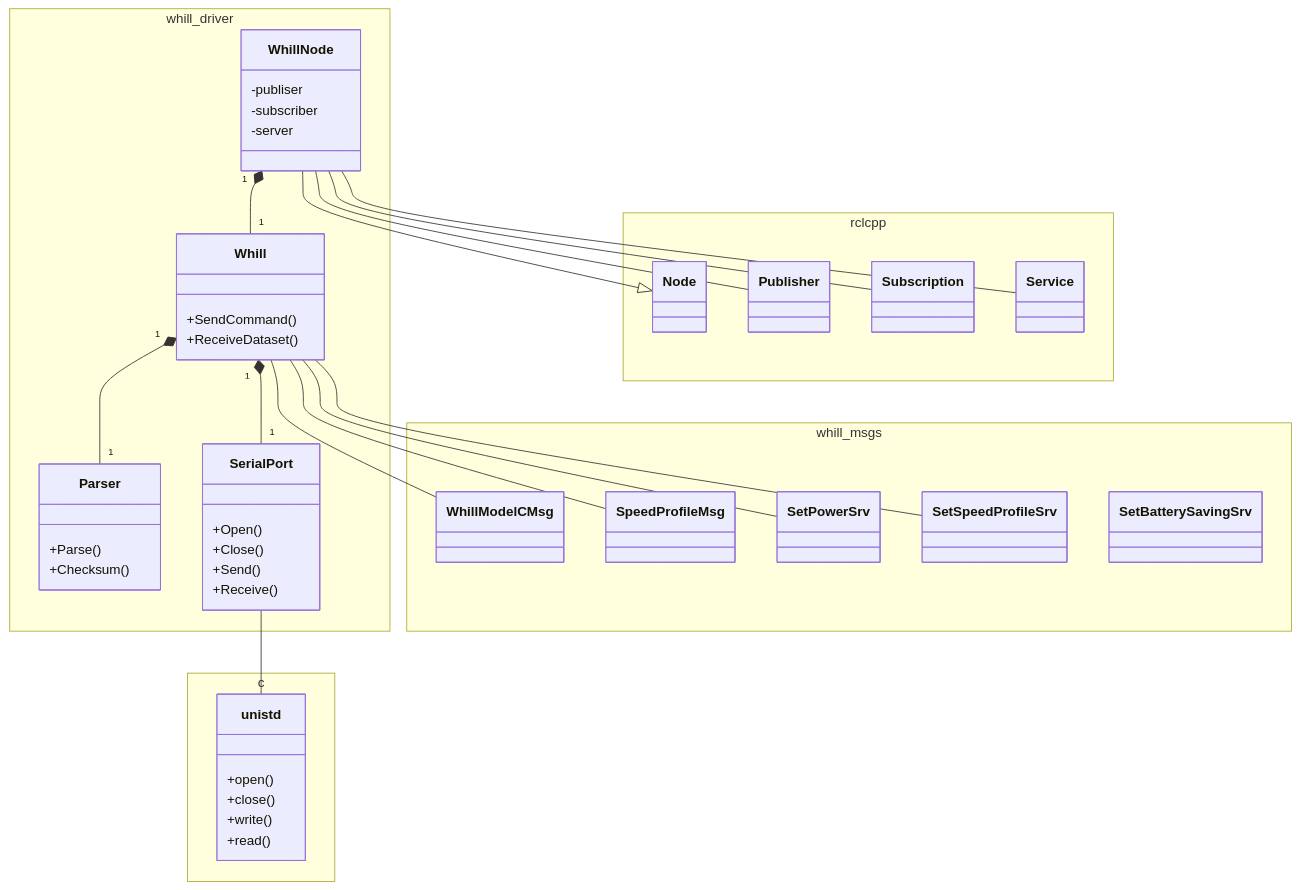
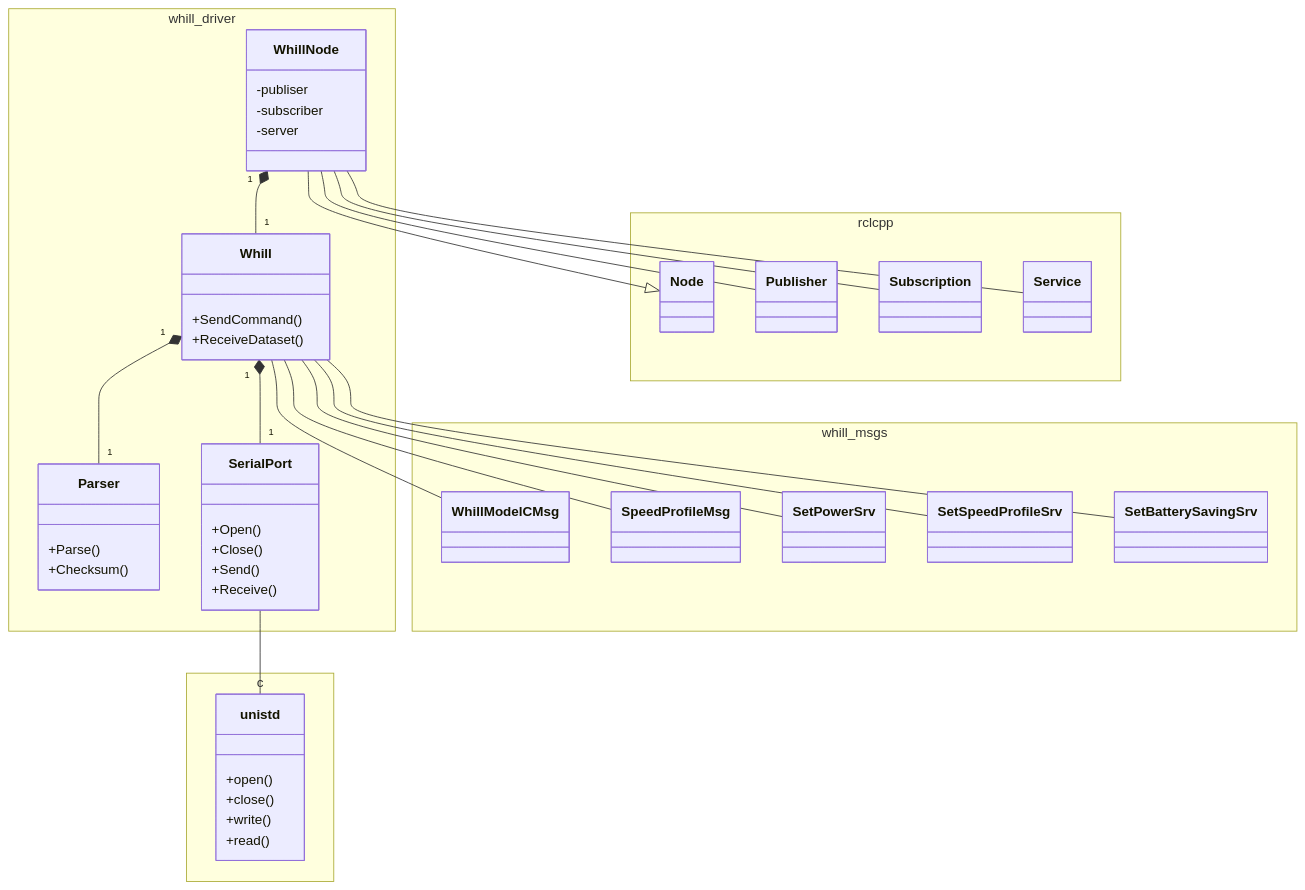
The diagram in whill_driver/README.md (TorajiTakeuti/ros2_whill), drawn with Mermaid before and after one commit.

Commit message:
Update fix diagram of whill_driver

````diff
--- a/whill_driver/README.md
+++ b/whill_driver/README.md
@@ -12,71 +12,72 @@
 ```mermaid
 classDiagram
 
 namespace whill_driver {
     class WhillNode{
         -publiser
         -subscriber
         -server
     }
     class Whill{
         +SendCommand()
         +ReceiveDataset()
     }
     class Parser{
         +Parse()
         +Checksum()
     }
     class SerialPort{
         +Open()
         +Close()
         +Send()
         +Receive()
     }
 }
 
 namespace rclcpp {
     class Node{
     }
     class Publisher{
     }
     class Subscription{
     }
     class Service{
     }
 }
 
 namespace whill_msgs {
     class WhillModelCMsg{        
     }
     class SpeedProfileMsg{        
     }
     class SetPowerSrv{
     }
     class SetSpeedProfileSrv{
     }
     class SetBatterySavingSrv{
     }
 }
 
 namespace c {
     class unistd{
         +open()
         +close()
         +write()
         +read()
     }
 }
 
 WhillNode --|> Node
 WhillNode -- Publisher
 WhillNode -- Subscription
 WhillNode -- Service
 WhillNode "1" *-- "1" Whill
 Whill "1" *-- "1" Parser
 Whill "1" *-- "1" SerialPort
 SerialPort -- unistd
 Whill -- WhillModelCMsg
 Whill -- SpeedProfileMsg
 Whill -- SetPowerSrv
 Whill -- SetSpeedProfileSrv
+Whill -- SetBatterySavingSrv
 ```
````
